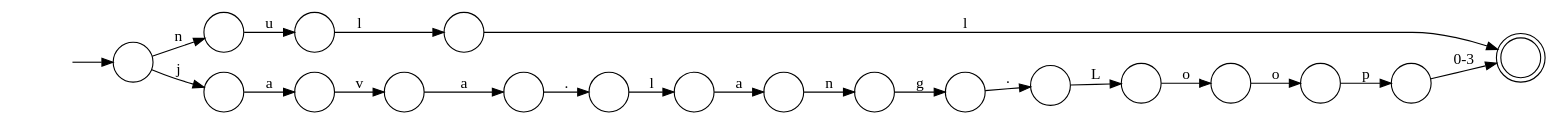
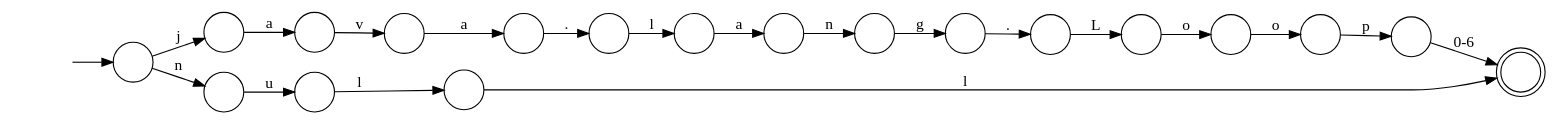
Before and after one commit to SeanCoek/string_relavent: the diagram in Automatons/1.dot, drawn with Graphviz. The commit also changed 49 other files, not shown here.

```diff
--- a/Automatons/1.dot
+++ b/Automatons/1.dot
@@ -1,43 +1,43 @@
 digraph Automaton {
   rankdir = LR;
   0 [shape=circle,label=""];
-  0 -> 6 [label="n"]
+  0 -> 16 [label="L"]
   1 [shape=circle,label=""];
-  1 -> 10 [label="."]
+  1 -> 7 [label="l"]
   2 [shape=circle,label=""];
-  2 -> 17 [label="v"]
+  2 -> 12 [label="a"]
   3 [shape=circle,label=""];
-  3 -> 0 [label="a"]
+  3 -> 1 [label="u"]
   4 [shape=circle,label=""];
-  4 -> 5 [label="u"]
+  4 -> 17 [label="g"]
   5 [shape=circle,label=""];
-  5 -> 12 [label="l"]
-  6 [shape=circle,label=""];
-  6 -> 11 [label="g"]
+  5 -> 9 [label="p"]
+  6 [shape=doublecircle,label=""];
   7 [shape=circle,label=""];
-  7 -> 14 [label="L"]
+  7 -> 6 [label="l"]
   8 [shape=circle,label=""];
-  8 -> 2 [label="a"]
+  8 -> 13 [label="."]
   9 [shape=circle,label=""];
+  9 -> 6 [label="0-6"]
+  10 [shape=circle,label=""];
+  10 -> 15 [label="a"]
+  11 [shape=circle,label=""];
+  11 -> 8 [label="a"]
+  12 [shape=circle,label=""];
+  12 -> 11 [label="v"]
+  13 [shape=circle,label=""];
+  13 -> 10 [label="l"]
+  14 [shape=circle,label=""];
   initial [shape=plaintext,label=""];
-  initial -> 9
-  9 -> 8 [label="j"]
-  9 -> 4 [label="n"]
-  10 [shape=circle,label=""];
-  10 -> 3 [label="l"]
-  11 [shape=circle,label=""];
-  11 -> 7 [label="."]
-  12 [shape=circle,label=""];
-  12 -> 16 [label="l"]
-  13 [shape=circle,label=""];
-  13 -> 15 [label="o"]
-  14 [shape=circle,label=""];
-  14 -> 13 [label="o"]
+  initial -> 14
+  14 -> 2 [label="j"]
+  14 -> 3 [label="n"]
   15 [shape=circle,label=""];
-  15 -> 18 [label="p"]
-  16 [shape=doublecircle,label=""];
+  15 -> 4 [label="n"]
+  16 [shape=circle,label=""];
+  16 -> 18 [label="o"]
   17 [shape=circle,label=""];
-  17 -> 1 [label="a"]
+  17 -> 0 [label="."]
   18 [shape=circle,label=""];
-  18 -> 16 [label="0-3"]
+  18 -> 5 [label="o"]
 }
```
